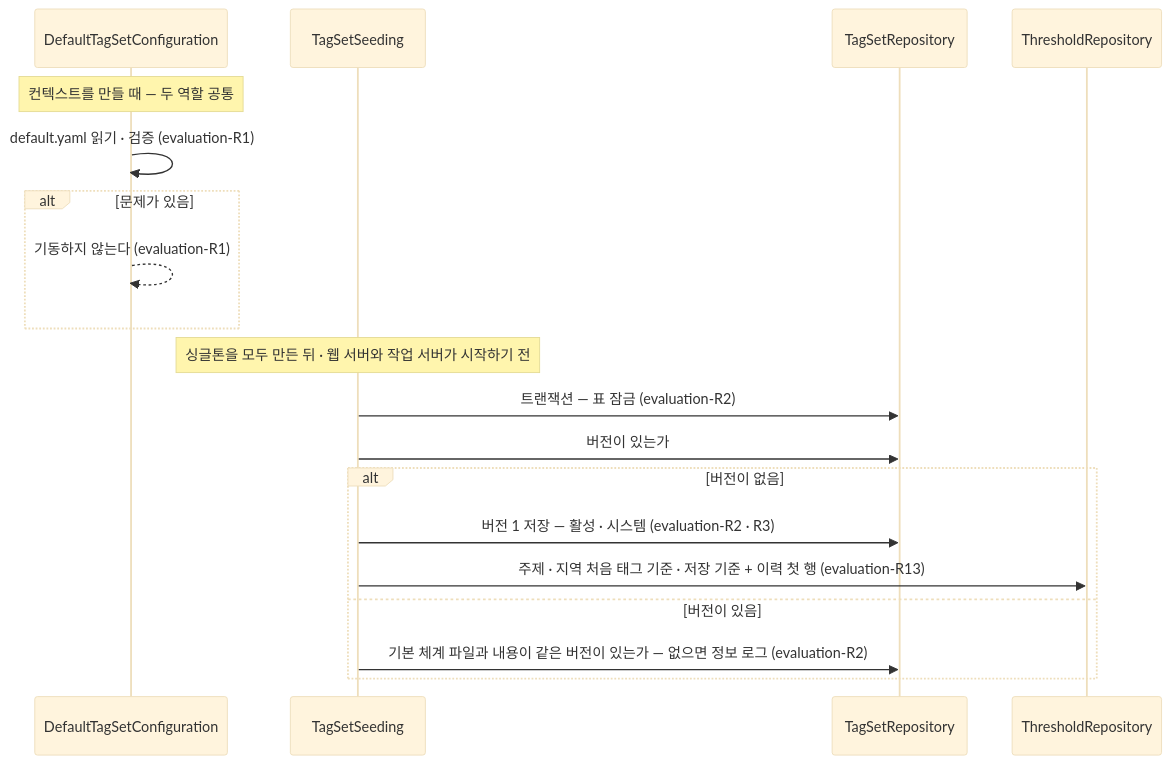
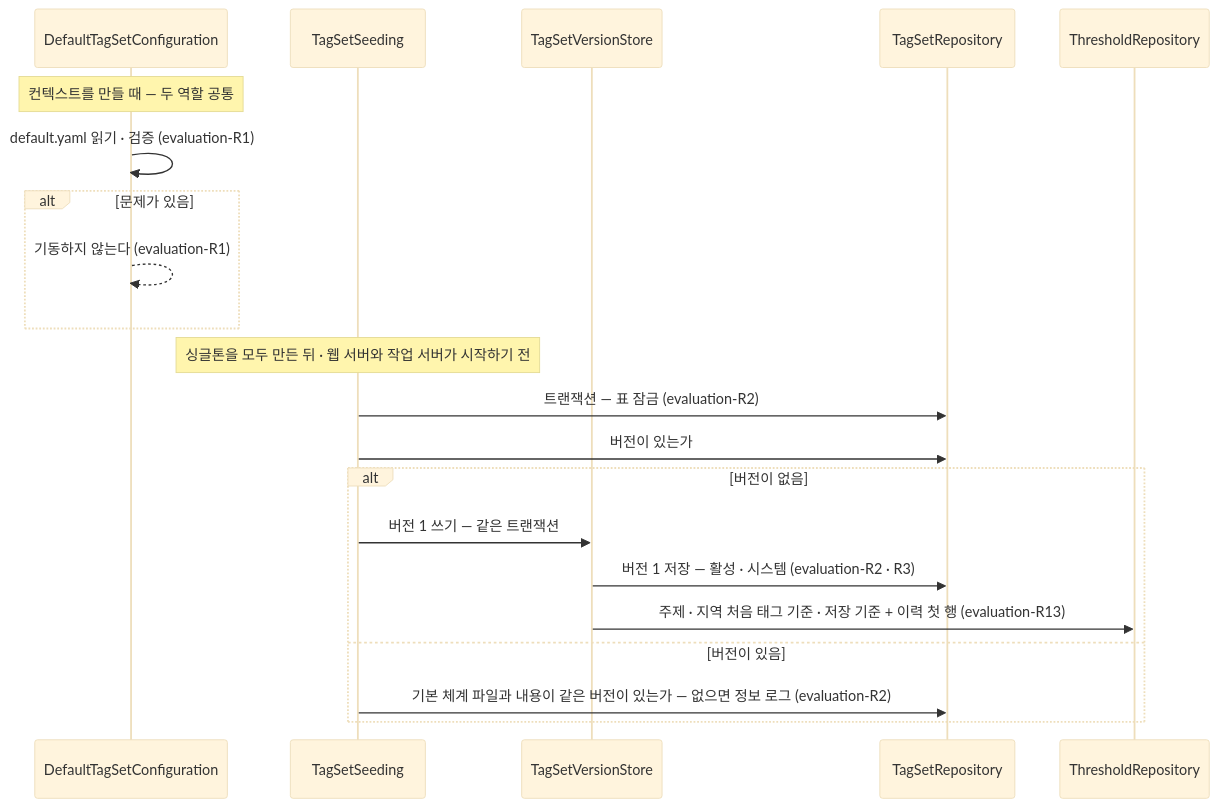
The first of 3 diagrams in docs/specs/evaluation.md (Theia0382/yozm-news), drawn with Mermaid (base theme) before and after one commit. The commit also changed other lines of this file and 1 other file, not shown here.

First line of the commit message:
docs(evaluation): 새 버전 쓰기 정본과 platform 명세 설정 · 원문 위치를 Spec 에

````diff
--- a/docs/specs/evaluation.md
+++ b/docs/specs/evaluation.md
@@ -405,22 +405,24 @@
 ```mermaid
 sequenceDiagram
     participant C as DefaultTagSetConfiguration
     participant S as TagSetSeeding
+    participant W as TagSetVersionStore
     participant TS as TagSetRepository
     participant TR as ThresholdRepository
 
     Note over C: 컨텍스트를 만들 때 — 두 역할 공통
     C->>C: default.yaml 읽기 · 검증 (evaluation-R1)
     alt 문제가 있음
         C-->>C: 기동하지 않는다 (evaluation-R1)
     end
     Note over S: 싱글톤을 모두 만든 뒤 · 웹 서버와 작업 서버가 시작하기 전
     S->>TS: 트랜잭션 — 표 잠금 (evaluation-R2)
     S->>TS: 버전이 있는가
     alt 버전이 없음
-        S->>TS: 버전 1 저장 — 활성 · 시스템 (evaluation-R2 · R3)
-        S->>TR: 주제 · 지역 처음 태그 기준 · 저장 기준 + 이력 첫 행 (evaluation-R13)
+        S->>W: 버전 1 쓰기 — 같은 트랜잭션
+        W->>TS: 버전 1 저장 — 활성 · 시스템 (evaluation-R2 · R3)
+        W->>TR: 주제 · 지역 처음 태그 기준 · 저장 기준 + 이력 첫 행 (evaluation-R13)
     else 버전이 있음
         S->>TS: 기본 체계 파일과 내용이 같은 버전이 있는가 — 없으면 정보 로그 (evaluation-R2)
     end
 ```
````
